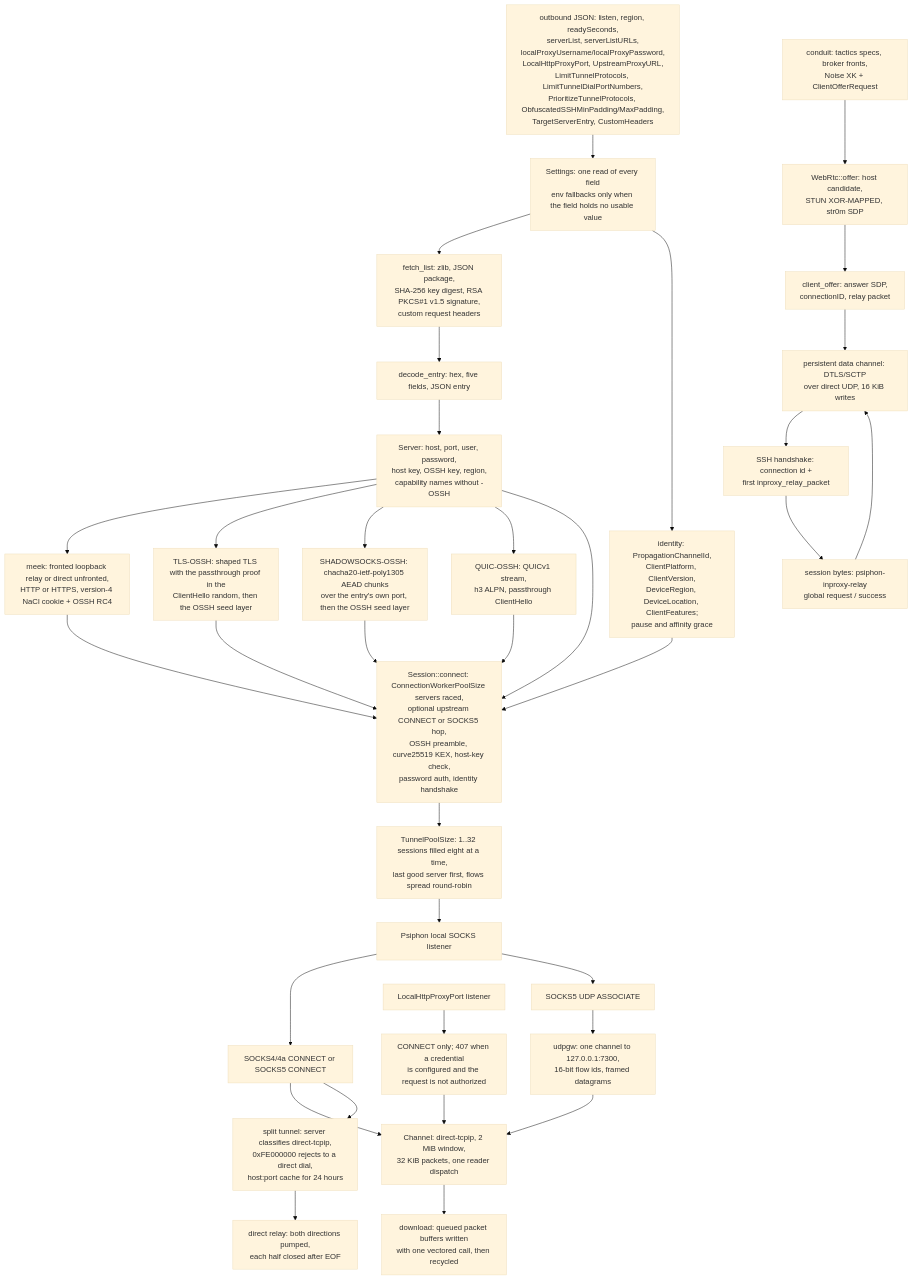
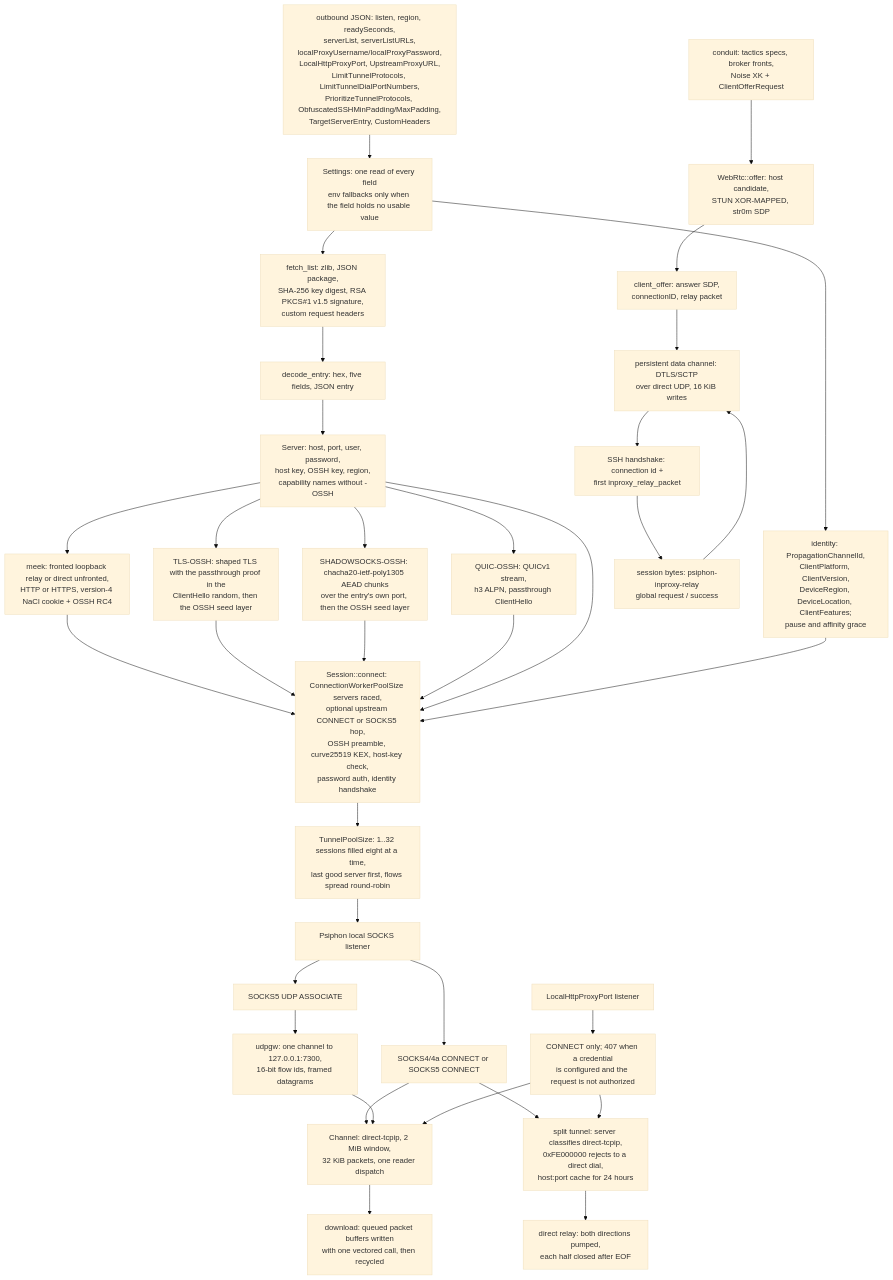
Before and after one commit to Ferrocite/ferrox: the diagram in docs/function/carrier-psiphon.md, drawn with Mermaid (base theme). The commit also changed 8 other files, not shown here.

````diff
--- a/docs/function/carrier-psiphon.md
+++ b/docs/function/carrier-psiphon.md
@@ -7,36 +7,37 @@
 ```mermaid
 graph TD
     A["outbound JSON: listen, region, readySeconds,<br/>serverList, serverListURLs,<br/>localProxyUsername/localProxyPassword,<br/>LocalHttpProxyPort, UpstreamProxyURL,<br/>LimitTunnelProtocols, LimitTunnelDialPortNumbers,<br/>PrioritizeTunnelProtocols, ObfuscatedSSHMinPadding/MaxPadding,<br/>TargetServerEntry, CustomHeaders"] --> B["Settings: one read of every field<br/>env fallbacks only when the field holds no usable value"]
     B --> C["fetch_list: zlib, JSON package,<br/>SHA-256 key digest, RSA PKCS#1 v1.5 signature,<br/>custom request headers"]
     B --> B2["identity: PropagationChannelId,<br/>ClientPlatform, ClientVersion,<br/>DeviceRegion, DeviceLocation, ClientFeatures;<br/>pause and affinity grace"]
     C --> D["decode_entry: hex, five fields, JSON entry"]
     D --> E["Server: host, port, user, password,<br/>host key, OSSH key, region,<br/>capability names without -OSSH"]
     E --> E2["meek: fronted loopback relay or direct unfronted,<br/>HTTP or HTTPS, version-4 NaCl cookie + OSSH RC4"]
     E --> E3["TLS-OSSH: shaped TLS with the passthrough proof in the<br/>ClientHello random, then the OSSH seed layer"]
     E --> E4["SHADOWSOCKS-OSSH: chacha20-ietf-poly1305 AEAD chunks<br/>over the entry's own port, then the OSSH seed layer"]
     E2 --> F
     E3 --> F
     E4 --> F
     E --> E5["QUIC-OSSH: QUICv1 stream,<br/>h3 ALPN, passthrough ClientHello"]
     E5 --> F
     E --> F["Session::connect: ConnectionWorkerPoolSize servers raced,<br/>optional upstream CONNECT or SOCKS5 hop,<br/>OSSH preamble, curve25519 KEX, host-key check,<br/>password auth, identity handshake"]
     B2 --> F
     F --> P["TunnelPoolSize: 1..32 sessions filled eight at a time,<br/>last good server first, flows spread round-robin"]
     P --> G["Psiphon local SOCKS listener"]
     G --> H["SOCKS4/4a CONNECT or SOCKS5 CONNECT"]
     H --> I["Channel: direct-tcpip, 2 MiB window,<br/>32 KiB packets, one reader dispatch"]
     H --> I2["split tunnel: server classifies direct-tcpip,<br/>0xFE000000 rejects to a direct dial,<br/>host:port cache for 24 hours"]
     I --> Z["download: queued packet buffers written<br/>with one vectored call, then recycled"]
     I2 --> Z2["direct relay: both directions pumped,<br/>each half closed after EOF"]
     G --> J["SOCKS5 UDP ASSOCIATE"]
     J --> K["udpgw: one channel to 127.0.0.1:7300,<br/>16-bit flow ids, framed datagrams"]
     K --> I
     L["LocalHttpProxyPort listener"] --> M["CONNECT only; 407 when a credential<br/>is configured and the request is not authorized"]
     M --> I
+    M --> I2
     N["conduit: tactics specs, broker fronts,<br/>Noise XK + ClientOfferRequest"] --> O["WebRtc::offer: host candidate,<br/>STUN XOR-MAPPED, str0m SDP"]
     O --> Q["client_offer: answer SDP,<br/>connectionID, relay packet"]
     Q --> R["persistent data channel: DTLS/SCTP<br/>over direct UDP, 16 KiB writes"]
     R --> S["SSH handshake: connection id +<br/>first inproxy_relay_packet"]
     S --> T["session bytes: psiphon-inproxy-relay<br/>global request / success"]
     T --> R
 ```
````
